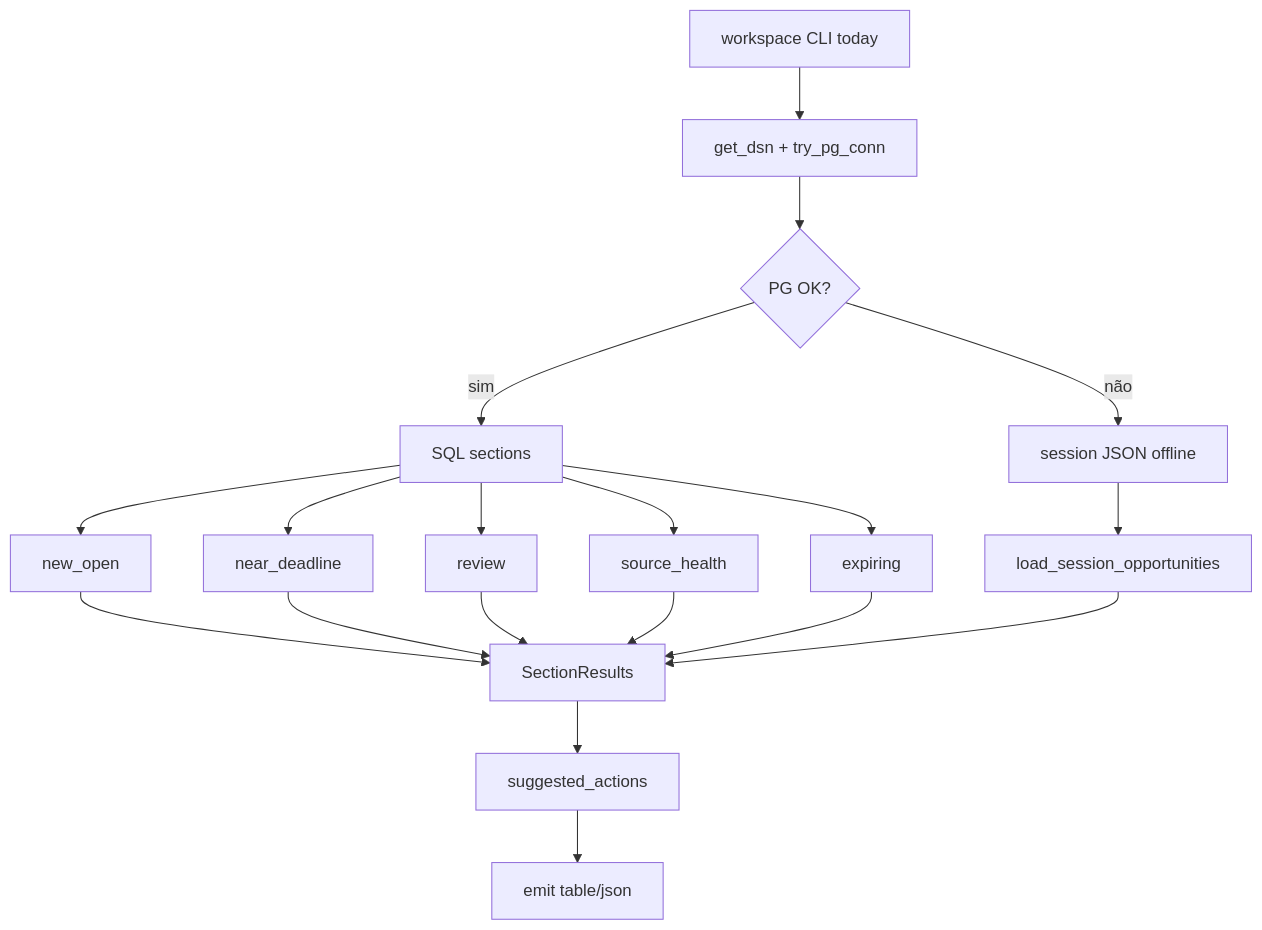
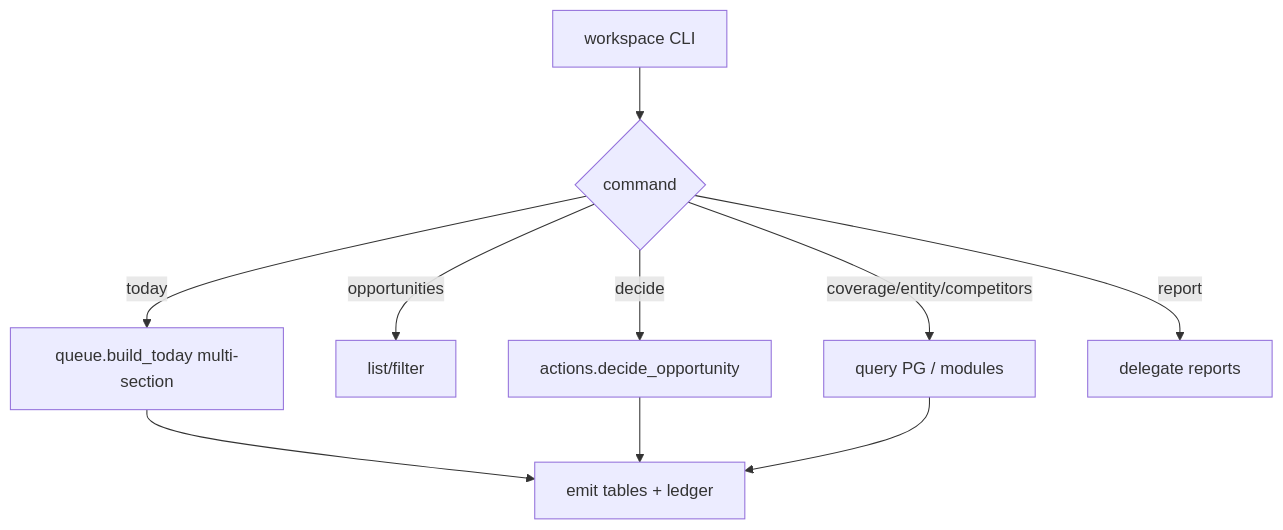
The diagram in _reversa_sdd/flowcharts/workspace.md (tjsasakifln/extra-cli), drawn with Mermaid before and after one commit. The commit also changed other lines of this file and 41 other files, not shown here.

````diff
--- a/_reversa_sdd/flowcharts/workspace.md
+++ b/_reversa_sdd/flowcharts/workspace.md
@@ -7,21 +5,12 @@
 ```mermaid
 flowchart TD
-    A[workspace CLI today] --> B[get_dsn + try_pg_conn]
-    B --> C{PG OK?}
-    C -->|sim| D[SQL sections]
-    C -->|não| E[session JSON offline]
-    D --> F[new_open]
-    D --> G[near_deadline]
-    D --> H[review]
-    D --> I[source_health]
-    D --> J[expiring]
-    E --> K[load_session_opportunities]
-    F --> L[SectionResults]
-    G --> L
-    H --> L
-    I --> L
-    J --> L
-    K --> L
-    L --> M[suggested_actions]
-    M --> N[emit table/json]
+  A[workspace CLI] --> B{command}
+  B -->|today| C[queue.build_today multi-section]
+  B -->|opportunities| D[list/filter]
+  B -->|decide| E[actions.decide_opportunity]
+  B -->|coverage/entity/competitors| F[query PG / modules]
+  B -->|report| G[delegate reports]
+  C --> H[emit tables + ledger]
+  E --> H
+  F --> H
 ```
````
